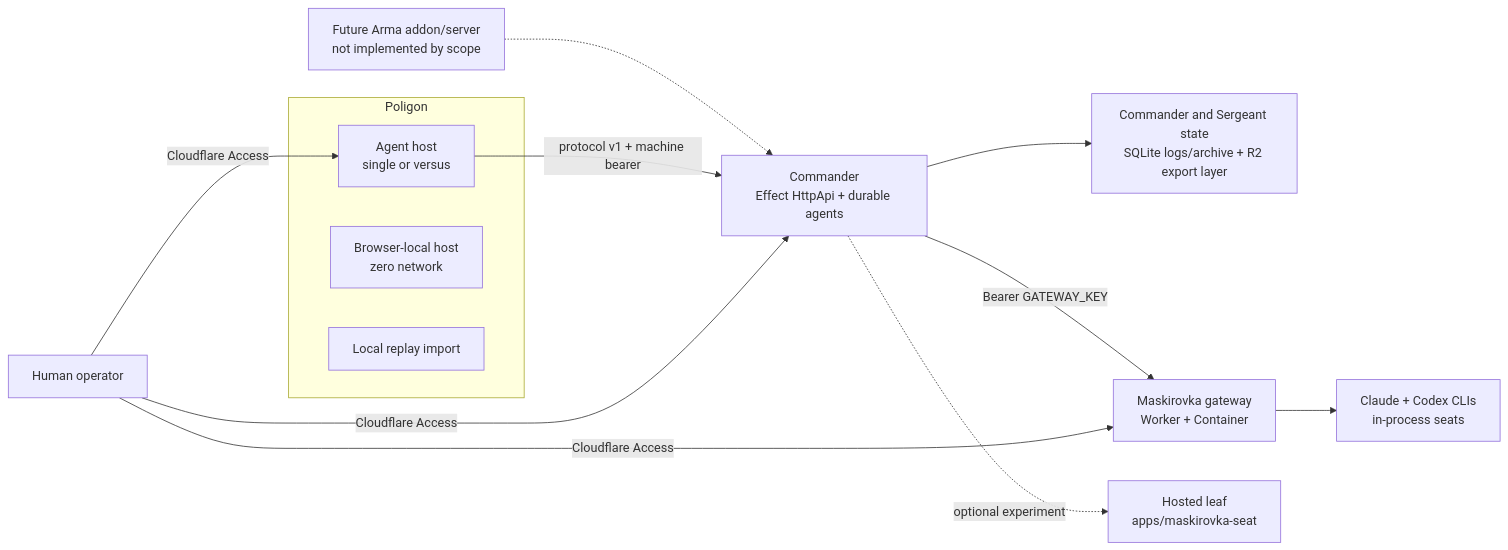
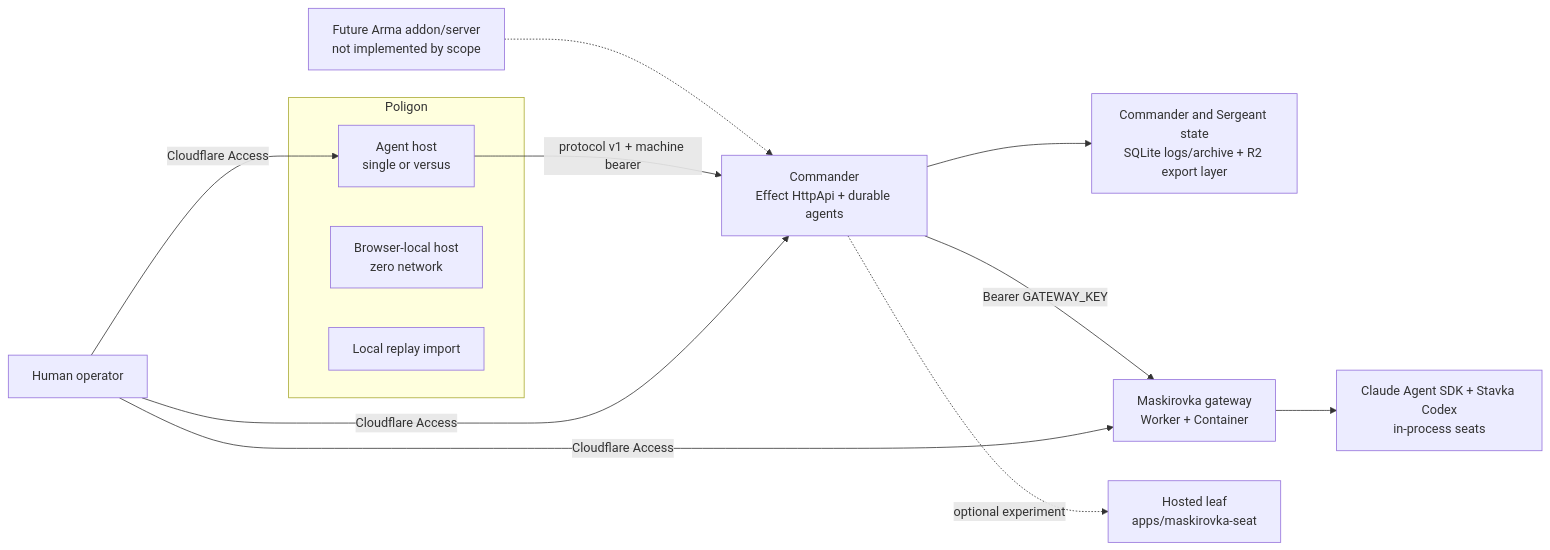
The diagram in docs/OPERATOR_GUIDE.md (Reidond/stavka), drawn with Mermaid before and after one commit. The commit also changed other lines of this file and 132 other files, not shown here.

````diff
--- a/docs/OPERATOR_GUIDE.md
+++ b/docs/OPERATOR_GUIDE.md
@@ -15,18 +15,18 @@
 ```mermaid
 flowchart LR
   subgraph P["Poligon"]
     PA["Agent host<br/>single or versus"]
     PO["Browser-local host<br/>zero network"]
     PR["Local replay import"]
   end
 
   A["Future Arma addon/server<br/>not implemented by scope"] -.-> C
   PA -->|"protocol v1 + machine bearer"| C["Commander<br/>Effect HttpApi + durable agents"]
   C --> D["Commander and Sergeant state<br/>SQLite logs/archive + R2 export layer"]
   C -->|"Bearer GATEWAY_KEY"| MG["Maskirovka gateway<br/>Worker + Container"]
-  MG --> CL["Claude + Codex CLIs<br/>in-process seats"]
+  MG --> CL["Claude Agent SDK + Stavka Codex<br/>in-process seats"]
   C -.->|"optional experiment"| MH["Hosted leaf<br/>apps/maskirovka-seat"]
   H["Human operator"] -->|"Cloudflare Access"| PA
   H -->|"Cloudflare Access"| C
   H -->|"Cloudflare Access"| MG
 ```
````
